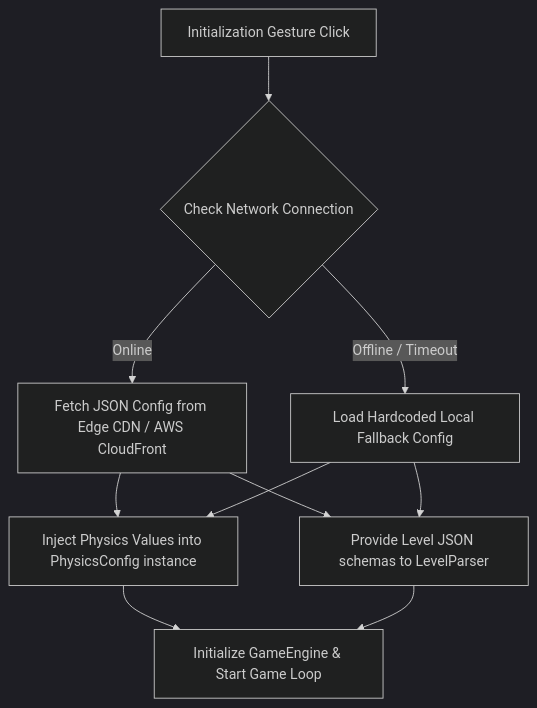
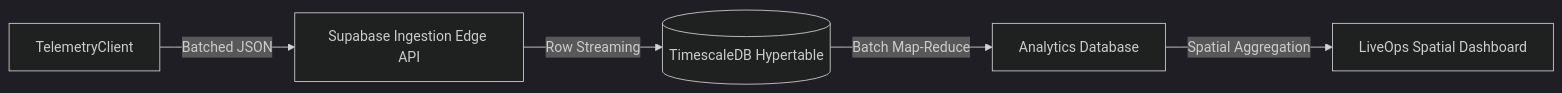
The first of 2 diagrams in docs/Future_Scale_PRD.md (stonedhawk/phase-shift-rgb), drawn with Mermaid (dark theme) before and after one commit. The commit also changed other lines of this file, not shown here.

Commit message:
docs: enrich scaling and LiveOps PRD with funnel metrics and level architect tooling

````diff
--- a/docs/Future_Scale_PRD.md
+++ b/docs/Future_Scale_PRD.md
@@ -60,12 +22,7 @@
 ```mermaid
-graph TD
-    A[Initialization Gesture Click] --> B{Check Network Connection}
-    B -- Online --> C[Fetch JSON Config from Edge CDN / AWS CloudFront]
-    B -- Offline / Timeout --> D[Load Hardcoded Local Fallback Config]
-    C --> E[Inject Physics Values into PhysicsConfig instance]
-    C --> F[Provide Level JSON schemas to LevelParser]
-    D --> E
-    D --> F
-    E --> G[Initialize GameEngine & Start Game Loop]
-    F --> G
+flowchart LR
+    A[TelemetryClient] -- Batched JSON --> B[Supabase Ingestion Edge API]
+    B -- Row Streaming --> C[(TimescaleDB Hypertable)]
+    C -- Batch Map-Reduce --> D[Analytics Database]
+    D -- Spatial Aggregation --> E[LiveOps Spatial Dashboard]
 ```
````
